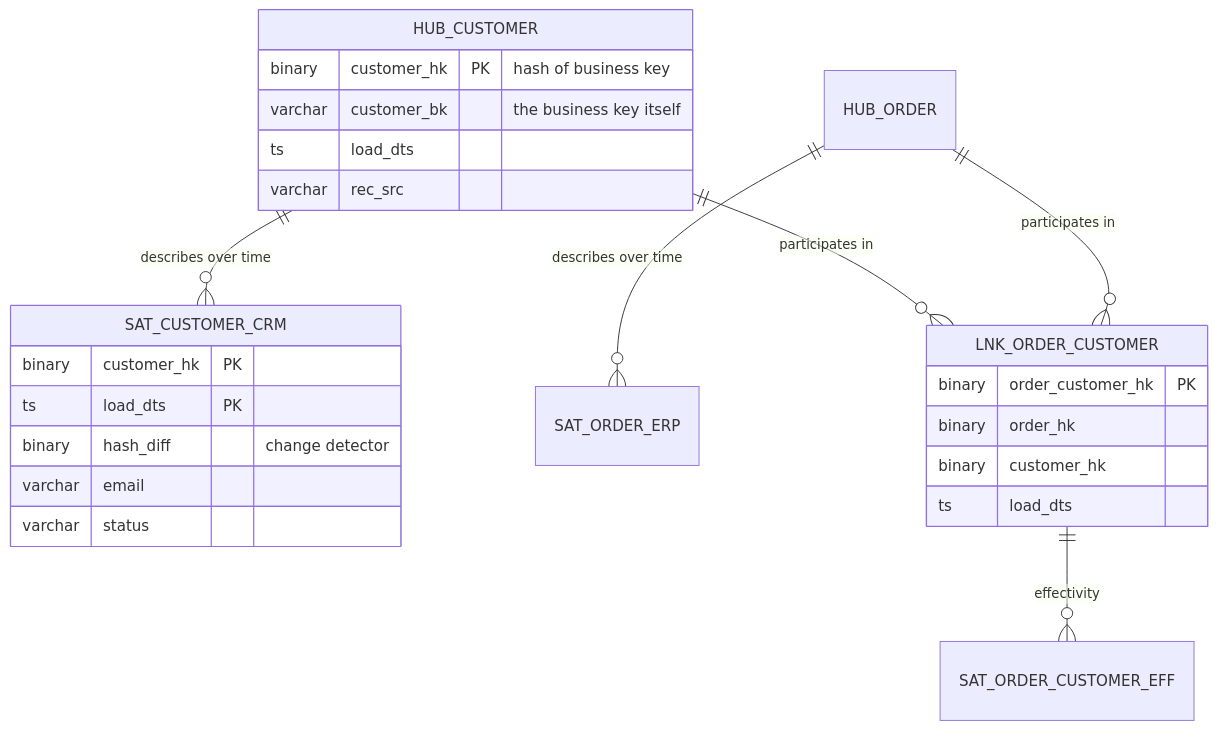
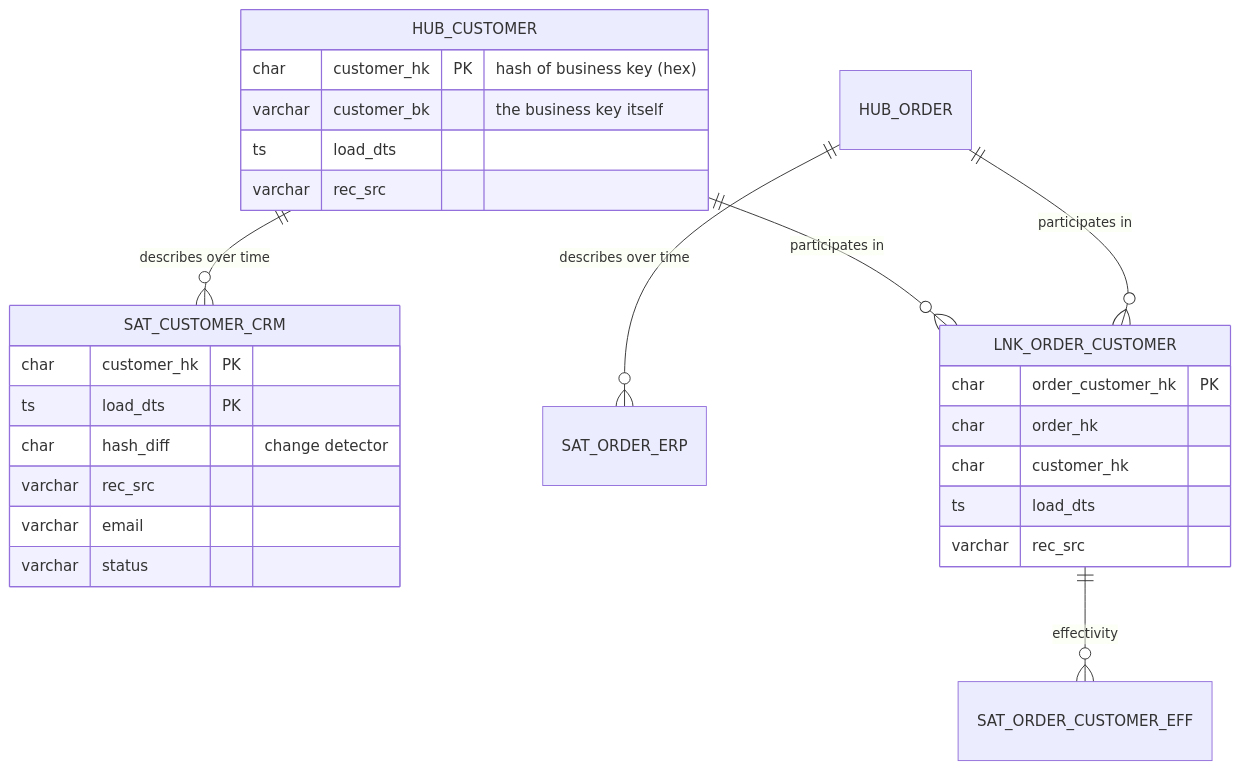
One commit to ArasaniRohithReddy/LearningOS changed the diagram in .github/skills/data-vault-modeling-coach/SKILL.md. Above: the diagram before and after it, drawn with Mermaid. The commit also changed other lines of this file and 28 other files, not shown here.

````diff
--- a/.github/skills/data-vault-modeling-coach/SKILL.md
+++ b/.github/skills/data-vault-modeling-coach/SKILL.md
@@ -30,28 +30,30 @@
 ```mermaid
 erDiagram
   HUB_CUSTOMER ||--o{ SAT_CUSTOMER_CRM : "describes over time"
   HUB_ORDER    ||--o{ SAT_ORDER_ERP    : "describes over time"
   HUB_CUSTOMER ||--o{ LNK_ORDER_CUSTOMER : "participates in"
   HUB_ORDER    ||--o{ LNK_ORDER_CUSTOMER : "participates in"
   LNK_ORDER_CUSTOMER ||--o{ SAT_ORDER_CUSTOMER_EFF : "effectivity"
 
   HUB_CUSTOMER {
-    binary  customer_hk PK "hash of business key"
+    char    customer_hk PK "hash of business key (hex)"
     varchar customer_bk  "the business key itself"
     ts      load_dts
     varchar rec_src
   }
   SAT_CUSTOMER_CRM {
-    binary  customer_hk PK
+    char    customer_hk PK
     ts      load_dts    PK
-    binary  hash_diff   "change detector"
+    char    hash_diff   "change detector"
+    varchar rec_src
     varchar email
     varchar status
   }
   LNK_ORDER_CUSTOMER {
-    binary order_customer_hk PK
-    binary order_hk
-    binary customer_hk
+    char   order_customer_hk PK
+    char   order_hk
+    char   customer_hk
     ts     load_dts
+    varchar rec_src
   }
 ```
````
